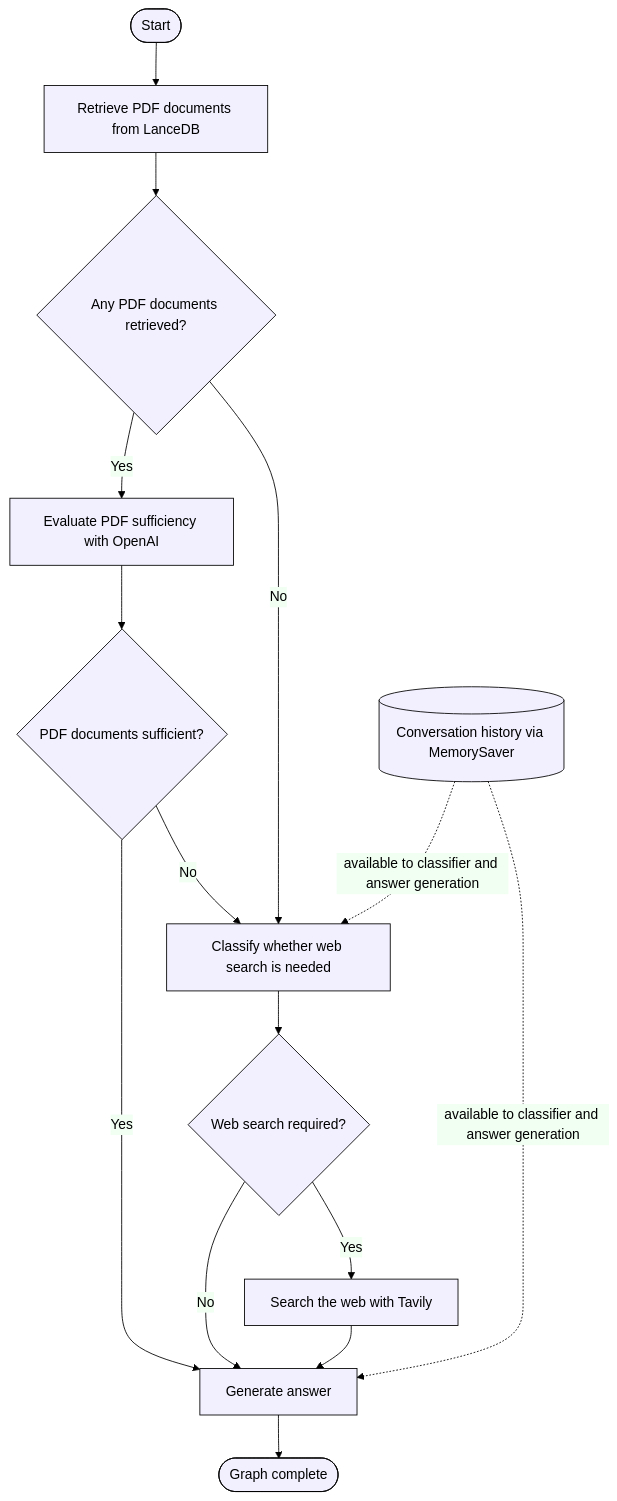
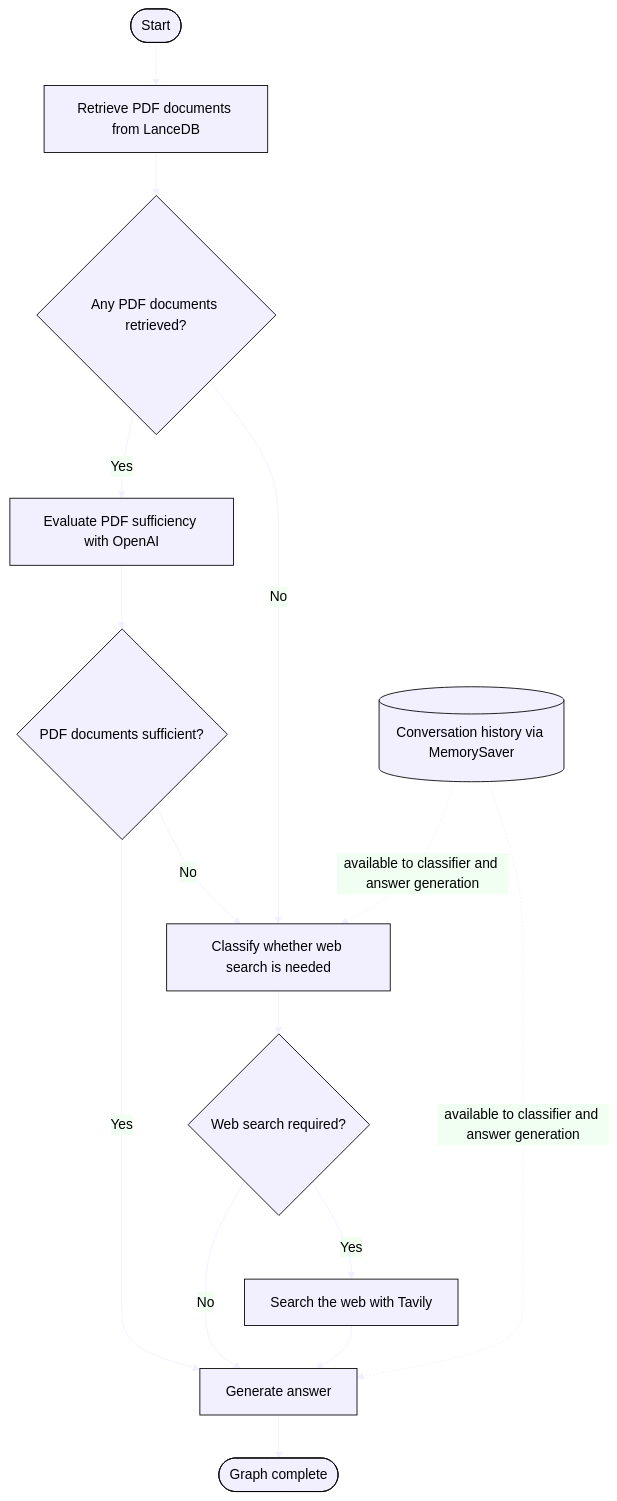
One commit to utk23dubey/CHATBOT changed the diagram in node-chat-bot/langgraph.mmd. Above: the diagram before and after it, drawn with Mermaid.

Commit message:
Update lineColor in langgraph.mmd theme settings

```diff
--- a/node-chat-bot/langgraph.mmd
+++ b/node-chat-bot/langgraph.mmd
@@ -1,20 +1,20 @@
-%%{init: {'theme': 'base', 'themeVariables': {'primaryColor': '#f2f0ff', 'primaryTextColor': '#000000', 'secondaryTextColor': '#000000', 'tertiaryTextColor': '#000000', 'lineColor': '#000000', 'primaryBorderColor': '#000000'}}}%%
+%%{init: {'theme': 'base', 'themeVariables': {'primaryColor': '#f2f0ff', 'primaryTextColor': '#000000', 'secondaryTextColor': '#000000', 'tertiaryTextColor': '#000000', 'lineColor': '#f2f0ff', 'primaryBorderColor': '#000000'}}}%%
 flowchart TD
     START([Start]) --> RETRIEVE["Retrieve PDF documents from LanceDB"]
     RETRIEVE --> HAS_DOCS{"Any PDF documents retrieved?"}
 
     HAS_DOCS -- Yes --> EVALUATE["Evaluate PDF sufficiency with OpenAI"]
     EVALUATE --> SUFFICIENT{"PDF documents sufficient?"}
     SUFFICIENT -- Yes --> GENERATE["Generate answer"]
     SUFFICIENT -- No --> CLASSIFY
 
     HAS_DOCS -- No --> CLASSIFY["Classify whether web search is needed"]
     CLASSIFY --> NEEDS_WEB{"Web search required?"}
     NEEDS_WEB -- Yes --> WEB["Search the web with Tavily"]
     NEEDS_WEB -- No --> GENERATE
     WEB --> GENERATE
 
     GENERATE --> END([Graph complete])
 
     HISTORY[("Conversation history via MemorySaver")] -. available to classifier and answer generation .-> CLASSIFY
     HISTORY -. available to classifier and answer generation .-> GENERATE
```
